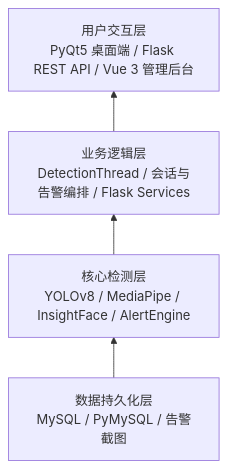
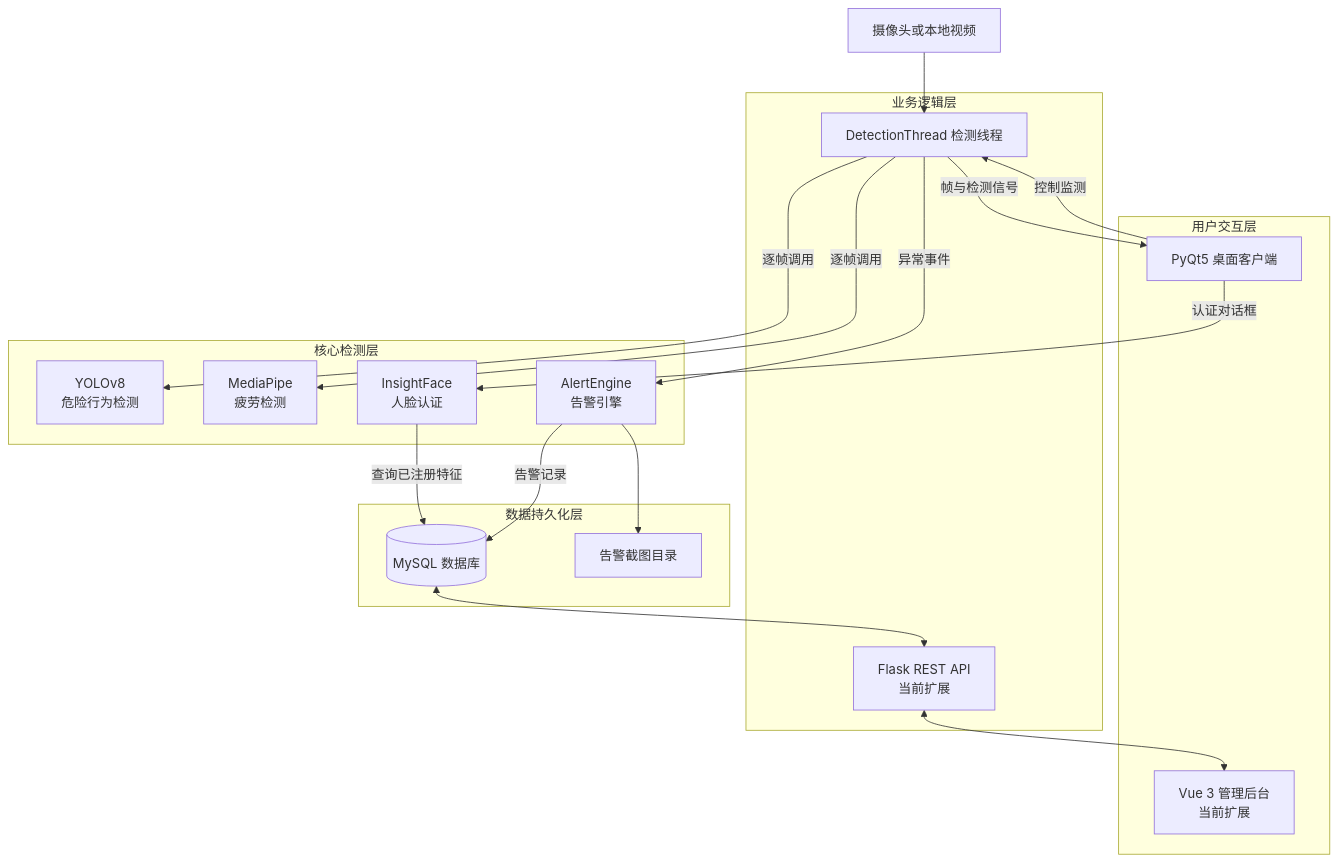
One commit to len03echo/driver-monitoring-system changed the first of 3 diagrams in README.md. Above: the diagram before and after it, drawn with Mermaid. The commit also changed other lines of this file, not shown here.

````diff
--- a/README.md
+++ b/README.md
@@ -51,6 +54,39 @@
 ```mermaid
-flowchart BT
-    A[数据持久化层<br/>MySQL / PyMySQL / 告警截图] --> B[核心检测层<br/>YOLOv8 / MediaPipe / InsightFace / AlertEngine]
-    B --> C[业务逻辑层<br/>DetectionThread / 会话与告警编排 / Flask Services]
-    C --> D[用户交互层<br/>PyQt5 桌面端 / Flask REST API / Vue 3 管理后台]
+flowchart TB
+    IN[摄像头或本地视频]
+
+    subgraph UI[用户交互层]
+        DESKTOP[PyQt5 桌面客户端]
+        WEB[Vue 3 管理后台<br/>当前扩展]
+    end
+
+    subgraph BIZ[业务逻辑层]
+        THREAD[DetectionThread 检测线程]
+        API[Flask REST API<br/>当前扩展]
+    end
+
+    subgraph CORE[核心检测层]
+        YOLO[YOLOv8<br/>危险行为检测]
+        FATIGUE[MediaPipe<br/>疲劳检测]
+        FACE[InsightFace<br/>人脸认证]
+        ALERT[AlertEngine<br/>告警引擎]
+    end
+
+    subgraph DATA[数据持久化层]
+        DB[(MySQL 数据库)]
+        SHOT[告警截图目录]
+    end
+
+    IN --> THREAD
+    DESKTOP -->|控制监测| THREAD
+    THREAD -->|帧与检测信号| DESKTOP
+    THREAD -->|逐帧调用| YOLO
+    THREAD -->|逐帧调用| FATIGUE
+    DESKTOP -->|认证对话框| FACE
+    FACE -->|查询已注册特征| DB
+    THREAD -->|异常事件| ALERT
+    ALERT --> SHOT
+    ALERT -->|告警记录| DB
+    DB <--> API
+    API <--> WEB
 ```
````
